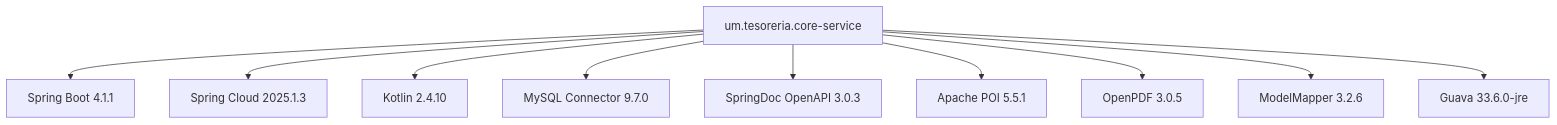
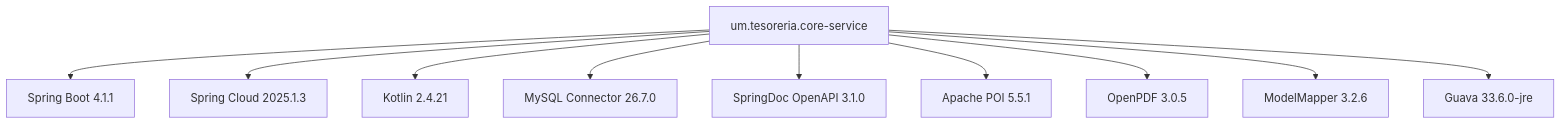
Before and after one commit to UM-services/UM.tesoreria.core-service: the diagram in docs/dependencies.mmd, drawn with Mermaid. The commit also changed 7 other files, not shown here.

```diff
--- a/docs/dependencies.mmd
+++ b/docs/dependencies.mmd
@@ -1,10 +1,10 @@
 flowchart TD
     A[um.tesoreria.core-service] --> B[Spring Boot 4.1.1]
     A --> C[Spring Cloud 2025.1.3]
-    A --> D[Kotlin 2.4.10]
-    A --> E[MySQL Connector 9.7.0]
-    A --> F[SpringDoc OpenAPI 3.0.3]
+    A --> D[Kotlin 2.4.21]
+    A --> E[MySQL Connector 26.7.0]
+    A --> F[SpringDoc OpenAPI 3.1.0]
     A --> G[Apache POI 5.5.1]
     A --> H[OpenPDF 3.0.5]
     A --> I[ModelMapper 3.2.6]
     A --> J[Guava 33.6.0-jre]
```
